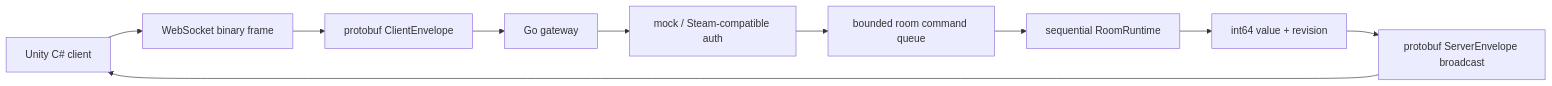
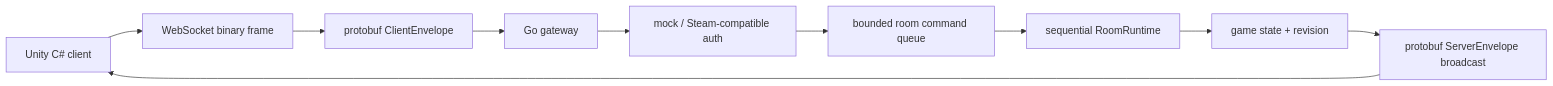
Before and after one commit to Ruleshift/server: the diagram in README.md, drawn with Mermaid. The commit also changed other lines of this file and 45 other files, not shown here.

````diff
--- a/README.md
+++ b/README.md
@@ -11,12 +11,12 @@
 ```mermaid
 flowchart LR
     Unity["Unity C# client"] --> WS["WebSocket binary frame"]
     WS --> PB["protobuf ClientEnvelope"]
     PB --> Gateway["Go gateway"]
     Gateway --> Auth["mock / Steam-compatible auth"]
     Auth --> RoomQueue["bounded room command queue"]
     RoomQueue --> Runtime["sequential RoomRuntime"]
-    Runtime --> State["int64 value + revision"]
+    Runtime --> State["game state + revision"]
     State --> Broadcast["protobuf ServerEnvelope broadcast"]
     Broadcast --> Unity
 ```
````
